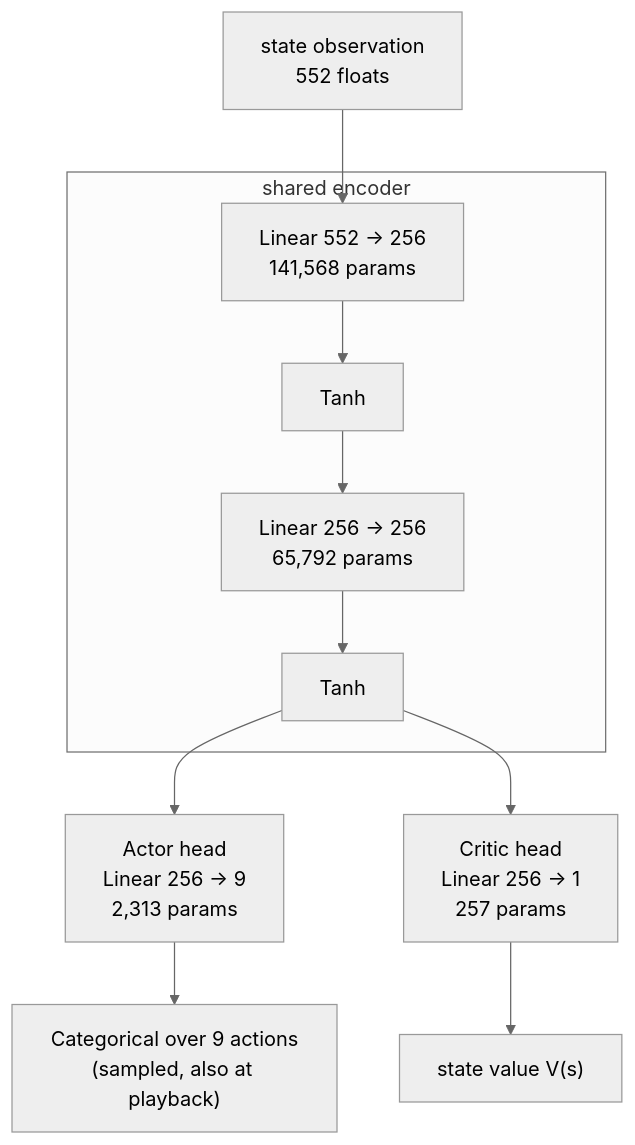
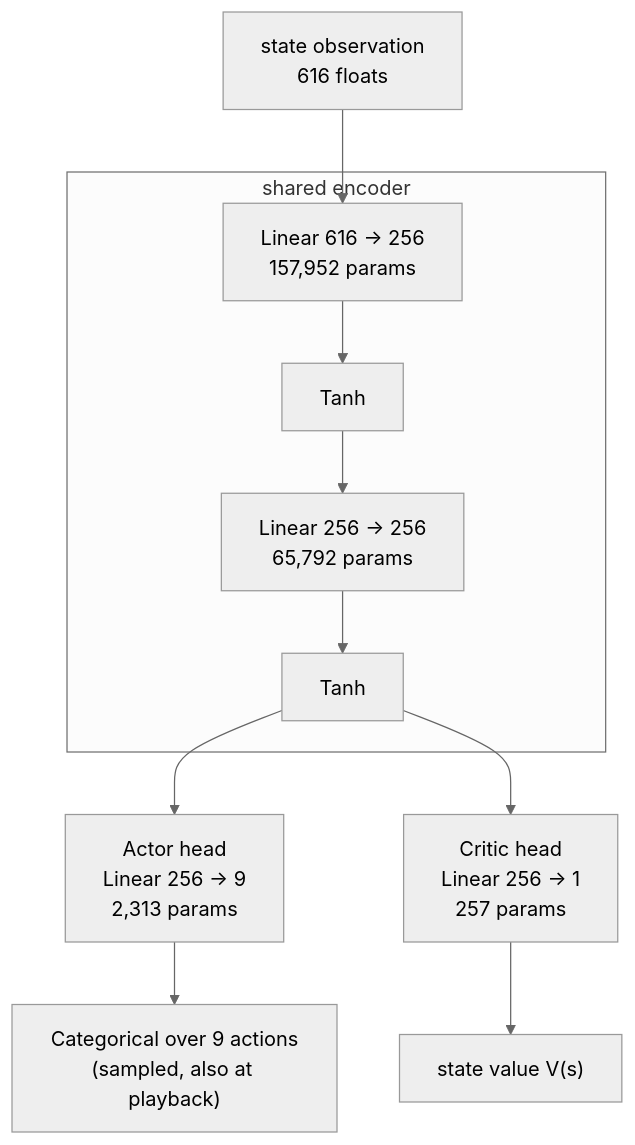
Before and after one commit to ScottRLamkin/BubbleBobbleRL: the first of 3 diagrams in docs/model-architecture.md, drawn with Mermaid (neutral theme). The commit also changed other lines of this file and 6 other files, not shown here.

````diff
--- a/docs/model-architecture.md
+++ b/docs/model-architecture.md
@@ -9,16 +9,16 @@
 ```mermaid
 flowchart TB
-    In["state observation<br/>552 floats"]
+    In["state observation<br/>616 floats"]
     subgraph Encoder["shared encoder"]
-        L1["Linear 552 -> 256<br/>141,568 params"]
+        L1["Linear 616 -> 256<br/>157,952 params"]
         T1["Tanh"]
         L2["Linear 256 -> 256<br/>65,792 params"]
         T2["Tanh"]
         L1 --> T1 --> L2 --> T2
     end
     In --> L1
     T2 --> Actor["Actor head<br/>Linear 256 -> 9<br/>2,313 params"]
     T2 --> Critic["Critic head<br/>Linear 256 -> 1<br/>257 params"]
     Actor --> Dist["Categorical over 9 actions<br/>(sampled, also at playback)"]
     Critic --> V["state value V(s)"]
 ```
````
